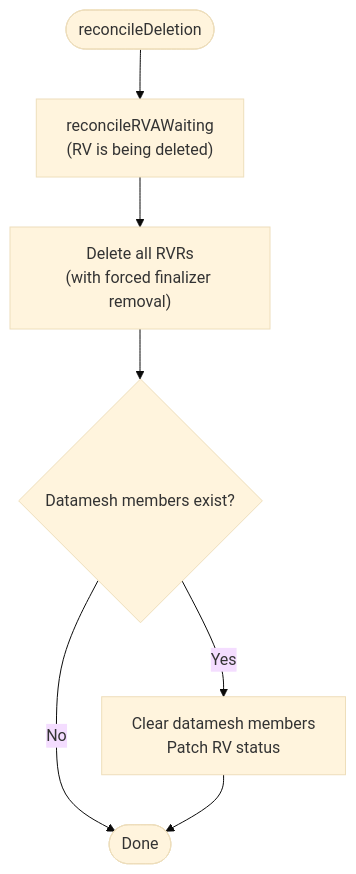
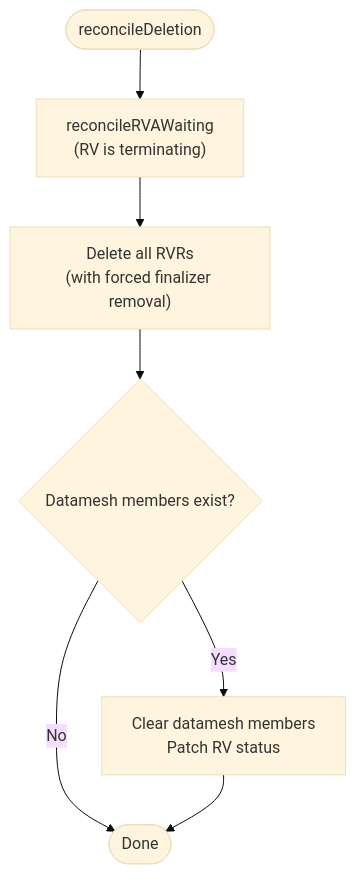
The third of 9 diagrams in images/controller/internal/controllers/rv_controller/README.md (deckhouse/sds-replicated-volume), drawn with Mermaid (base theme) before and after one commit. The commit also changed other lines of this file and 21 other files, not shown here.

````diff
--- a/images/controller/internal/controllers/rv_controller/README.md
+++ b/images/controller/internal/controllers/rv_controller/README.md
@@ -405,10 +405,10 @@
 ```mermaid
 flowchart TD
-    Start([reconcileDeletion]) --> UpdateRVAs["reconcileRVAWaiting<br/>(RV is being deleted)"]
+    Start([reconcileDeletion]) --> UpdateRVAs["reconcileRVAWaiting<br/>(RV is terminating)"]
 
     UpdateRVAs --> DeleteRVRs["Delete all RVRs<br/>(with forced finalizer removal)"]
     DeleteRVRs --> CheckMembers{Datamesh members exist?}
     CheckMembers -->|Yes| ClearMembers["Clear datamesh members<br/>Patch RV status"]
     CheckMembers -->|No| End([Done])
     ClearMembers --> End
 ```
````
